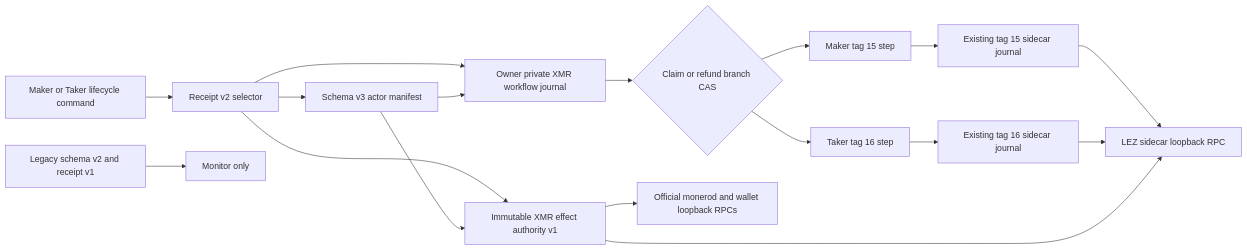
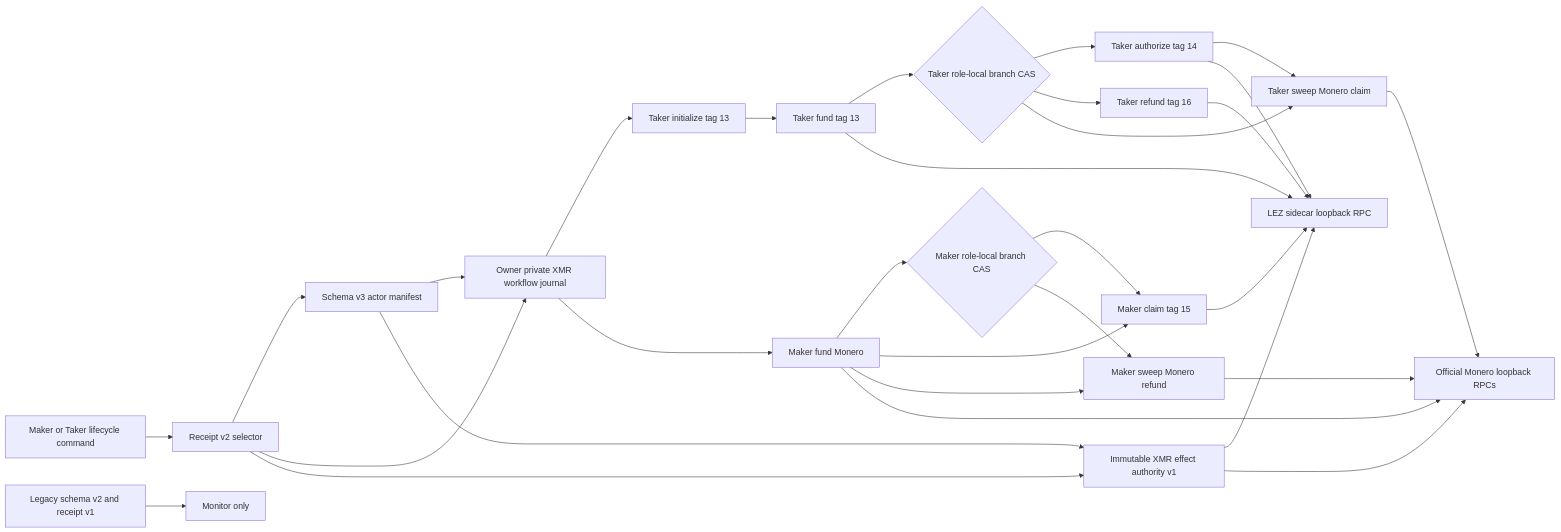
The first of 5 diagrams in docs/architecture/0126-separate-xmr-effect-workflow-authority.md (gateway-fm/lez-atomic-swaps), drawn with Mermaid before and after one commit. The commit also changed other lines of this file and 10 other files, not shown here.

````diff
--- a/docs/architecture/0126-separate-xmr-effect-workflow-authority.md
+++ b/docs/architecture/0126-separate-xmr-effect-workflow-authority.md
@@ -37,19 +61,32 @@
 ```mermaid
 flowchart LR
     CLI["Maker or Taker lifecycle command"] --> R2["Receipt v2 selector"]
     R2 --> V3["Schema v3 actor manifest"]
     R2 --> W
     R2 --> A
     V3 --> W["Owner private XMR workflow journal"]
     V3 --> A["Immutable XMR effect authority v1"]
-    W --> C{"Claim or refund branch CAS"}
-    C --> S15["Maker tag 15 step"]
-    C --> S16["Taker tag 16 step"]
-    S15 --> J15["Existing tag 15 sidecar journal"]
-    S16 --> J16["Existing tag 16 sidecar journal"]
-    J15 --> LR["LEZ sidecar loopback RPC"]
-    J16 --> LR
-    A --> MR["Official monerod and wallet loopback RPCs"]
+    W --> CI["Taker initialize tag 13"]
+    CI --> CF["Taker fund tag 13"]
+    W --> CM["Maker fund Monero"]
+    CF --> TCAS{"Taker role-local branch CAS"}
+    CM --> MCAS{"Maker role-local branch CAS"}
+    TCAS --> CA["Taker authorize tag 14"]
+    TCAS --> CR["Taker refund tag 16"]
+    TCAS --> CS["Taker sweep Monero claim"]
+    MCAS --> CC["Maker claim tag 15"]
+    MCAS --> RS["Maker sweep Monero refund"]
+    CA --> CS
+    CM --> CC
+    CM --> RS
+    CF --> LR["LEZ sidecar loopback RPC"]
+    CA --> LR
+    CC --> LR
+    CR --> LR
+    CM --> OR["Official Monero loopback RPCs"]
+    CS --> OR
+    RS --> OR
     A --> LR
+    A --> OR
     V2["Legacy schema v2 and receipt v1"] --> M["Monitor only"]
 ```
````
